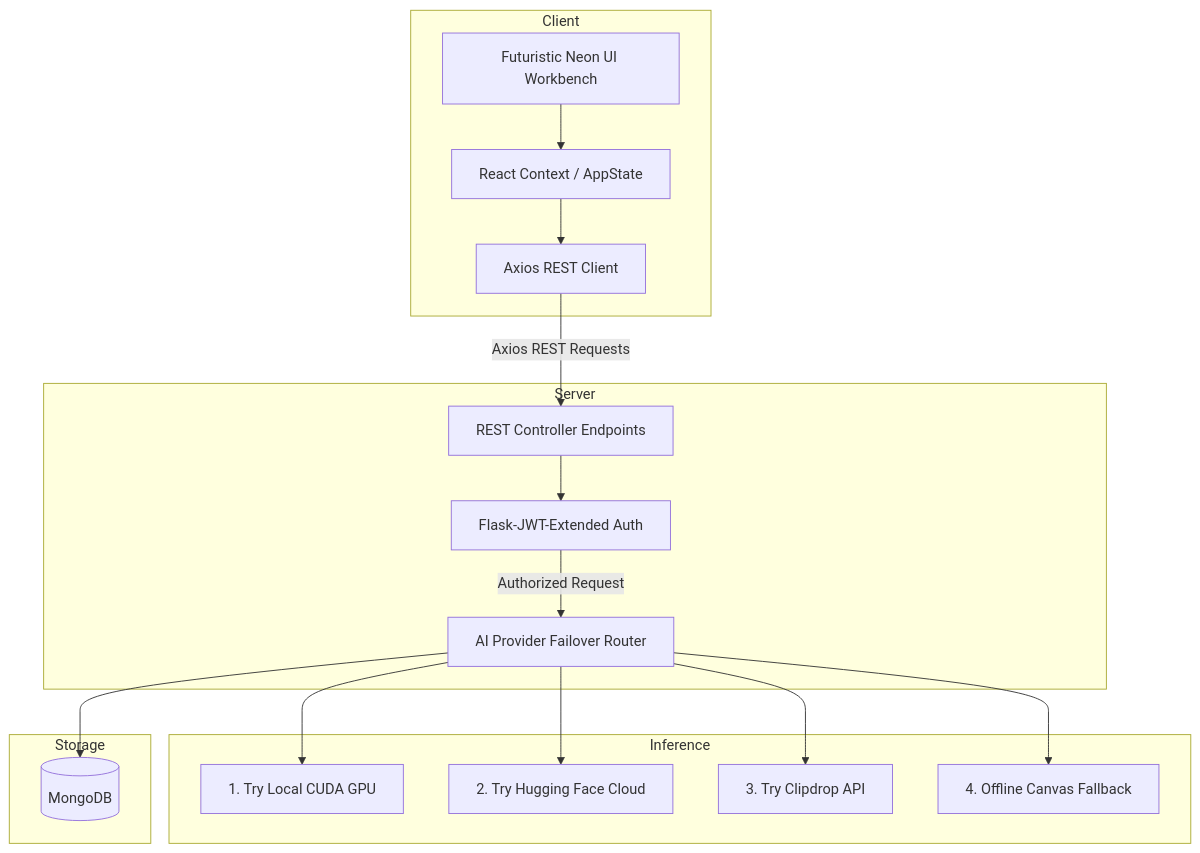
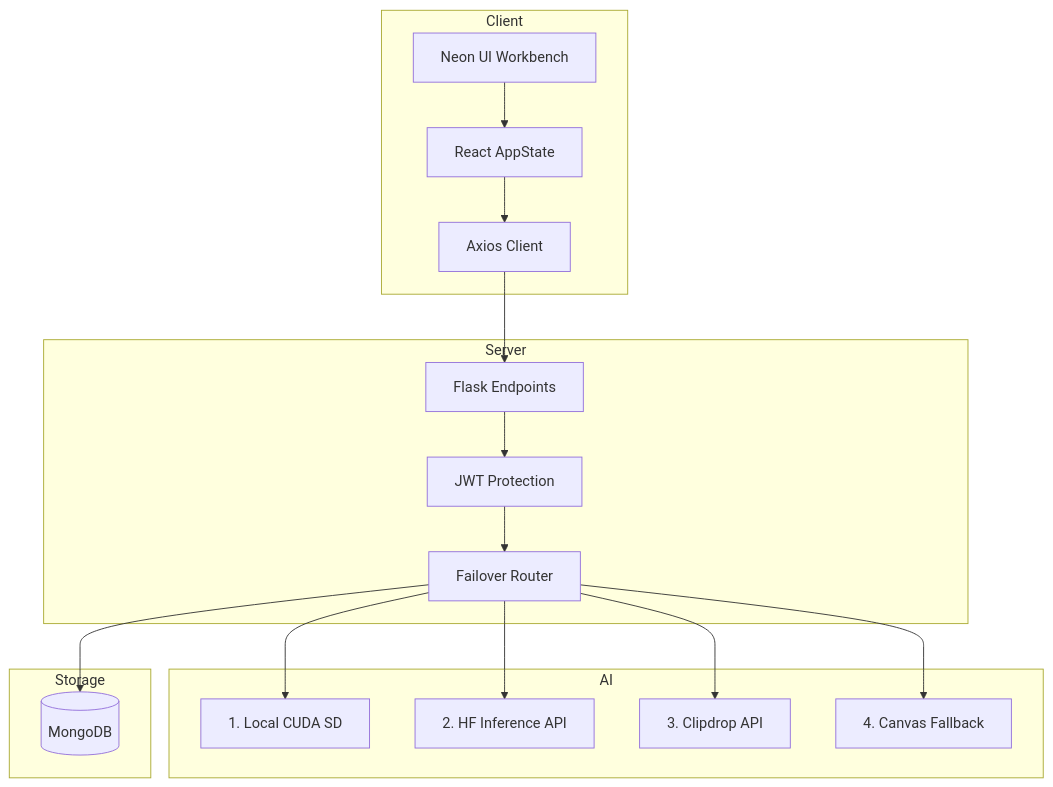
One commit to piyushxbhardwaj/pictoai-ai-image-generation changed the diagram in README.md. Above: the diagram before and after it, drawn with Mermaid. The commit also changed other lines of this file and 1 other file, not shown here.

Commit message:
docs(readme): restructure README for recruiter scan-readiness, delegate detailed endpoints to docs/API.md

````diff
--- a/README.md
+++ b/README.md
@@ -53,36 +81,36 @@
 ```mermaid
 graph TD
     subgraph Client
-        UI[Futuristic Neon UI Workbench]
-        Context[React Context / AppState]
-        AxiosClient[Axios REST Client]
+        UI[Neon UI Workbench]
+        Context[React AppState]
+        AxiosClient[Axios Client]
     end
 
     subgraph Server
-        API[REST Controller Endpoints]
-        Auth[Flask-JWT-Extended Auth]
-        Router[AI Provider Failover Router]
+        API[Flask Endpoints]
+        Auth[JWT Protection]
+        Router[Failover Router]
     end
 
-    subgraph Inference
-        LocalSD[1. Try Local CUDA GPU]
-        HF_API[2. Try Hugging Face Cloud]
-        Clipdrop[3. Try Clipdrop API]
-        Offline[4. Offline Canvas Fallback]
+    subgraph AI
+        LocalSD[1. Local CUDA SD]
+        HF_API[2. HF Inference API]
+        Clipdrop[3. Clipdrop API]
+        Offline[4. Canvas Fallback]
     end
 
     subgraph Storage
         DB[(MongoDB)]
     end
 
     UI --> Context
     Context --> AxiosClient
-    AxiosClient -->|Axios REST Requests| API
+    AxiosClient --> API
     API --> Auth
-    Auth -->|Authorized Request| Router
+    Auth --> Router
     Router --> LocalSD
     Router --> HF_API
     Router --> Clipdrop
     Router --> Offline
     Router --> DB
 ```
````
